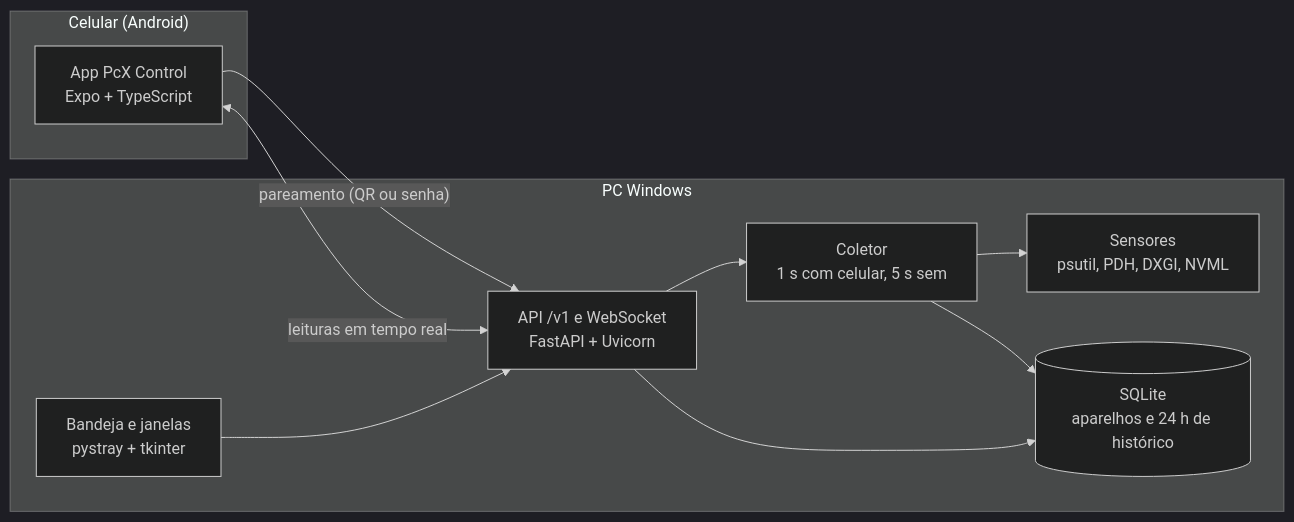
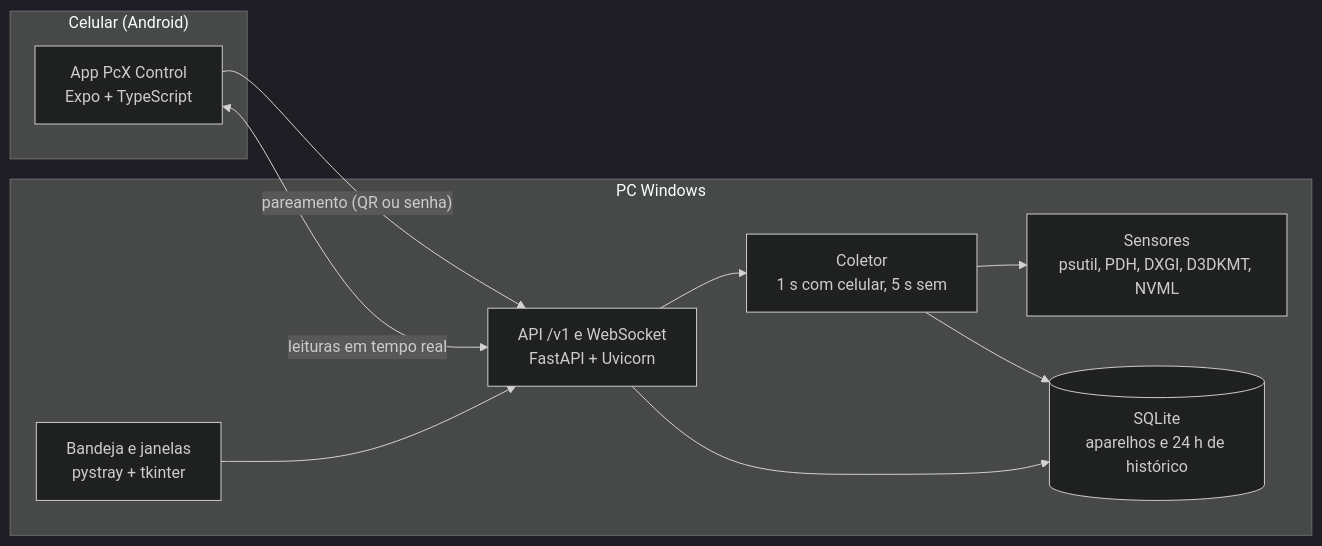
One commit to Owaleee/PcX-Control-app changed the diagram in README.md. Above: the diagram before and after it, drawn with Mermaid (dark theme). The commit also changed other lines of this file and 7 other files, not shown here.

````diff
--- a/README.md
+++ b/README.md
@@ -113,19 +126,19 @@
 ```mermaid
 flowchart LR
   subgraph Celular["Celular (Android)"]
     App["App PcX Control<br/>Expo + TypeScript"]
   end
   subgraph PC["PC Windows"]
     Tray["Bandeja e janelas<br/>pystray + tkinter"]
     API["API /v1 e WebSocket<br/>FastAPI + Uvicorn"]
     Sampler["Coletor<br/>1 s com celular, 5 s sem"]
-    Sensors["Sensores<br/>psutil, PDH, DXGI, NVML"]
+    Sensors["Sensores<br/>psutil, PDH, DXGI, D3DKMT, NVML"]
     DB[("SQLite<br/>aparelhos e 24 h de histórico")]
   end
   App -- "pareamento (QR ou senha)" --> API
   App <-- "leituras em tempo real" --> API
   Tray --> API
   API --> Sampler --> Sensors
   Sampler --> DB
   API --> DB
 ```
````
